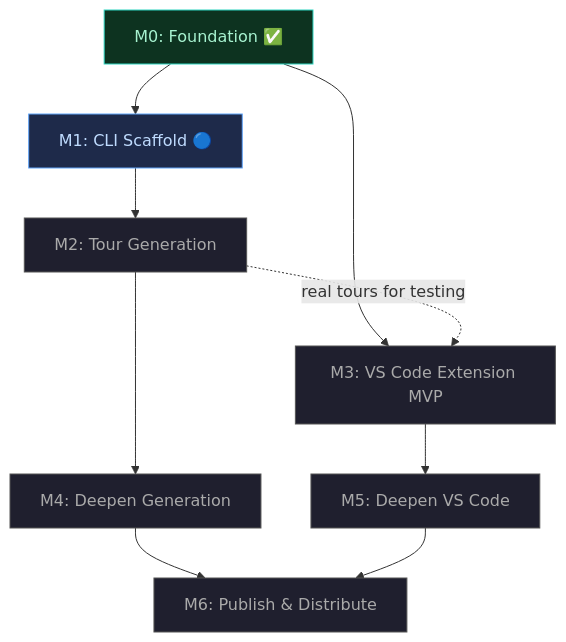
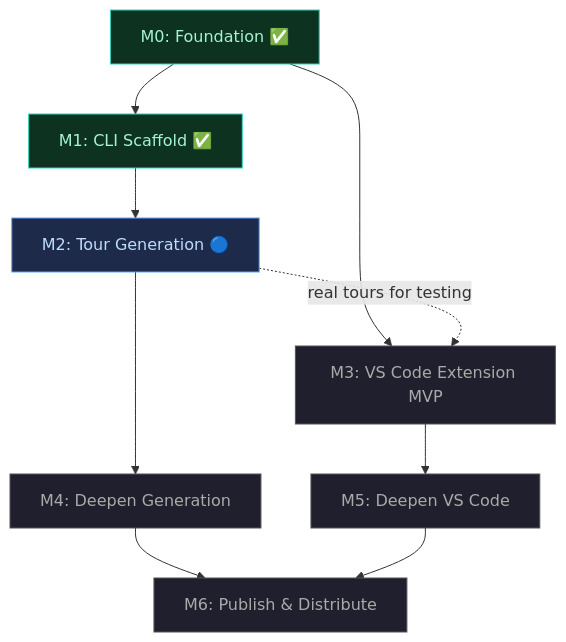
Before and after one commit to nathan-dd/tourguide: the diagram in docs/roadmap.md, drawn with Mermaid. The commit also changed other lines of this file, not shown here.

First line of the commit message:
docs: update roadmap — M1 complete, M2 active with revised design

````diff
--- a/docs/roadmap.md
+++ b/docs/roadmap.md
@@ -9,27 +9,27 @@
 ```mermaid
 graph TD
     M0["M0: Foundation ✅"]
-    M1["M1: CLI Scaffold 🔵"]
-    M2["M2: Tour Generation"]
+    M1["M1: CLI Scaffold ✅"]
+    M2["M2: Tour Generation 🔵"]
     M3["M3: VS Code Extension MVP"]
     M4["M4: Deepen Generation"]
     M5["M5: Deepen VS Code"]
     M6["M6: Publish & Distribute"]
 
     M0 --> M1
     M1 --> M2
     M0 --> M3
     M2 -.->|real tours for testing| M3
     M2 --> M4
     M3 --> M5
     M4 --> M6
     M5 --> M6
 
     style M0 fill:#0d3320,stroke:#2dd4bf,color:#a7f3d0
-    style M1 fill:#1e2a4a,stroke:#60a5fa,color:#bfdbfe
-    style M2 fill:#1f1f2e,stroke:#555,color:#aaa
+    style M1 fill:#0d3320,stroke:#2dd4bf,color:#a7f3d0
+    style M2 fill:#1e2a4a,stroke:#60a5fa,color:#bfdbfe
     style M3 fill:#1f1f2e,stroke:#555,color:#aaa
     style M4 fill:#1f1f2e,stroke:#555,color:#aaa
     style M5 fill:#1f1f2e,stroke:#555,color:#aaa
     style M6 fill:#1f1f2e,stroke:#555,color:#aaa
 ```
````
